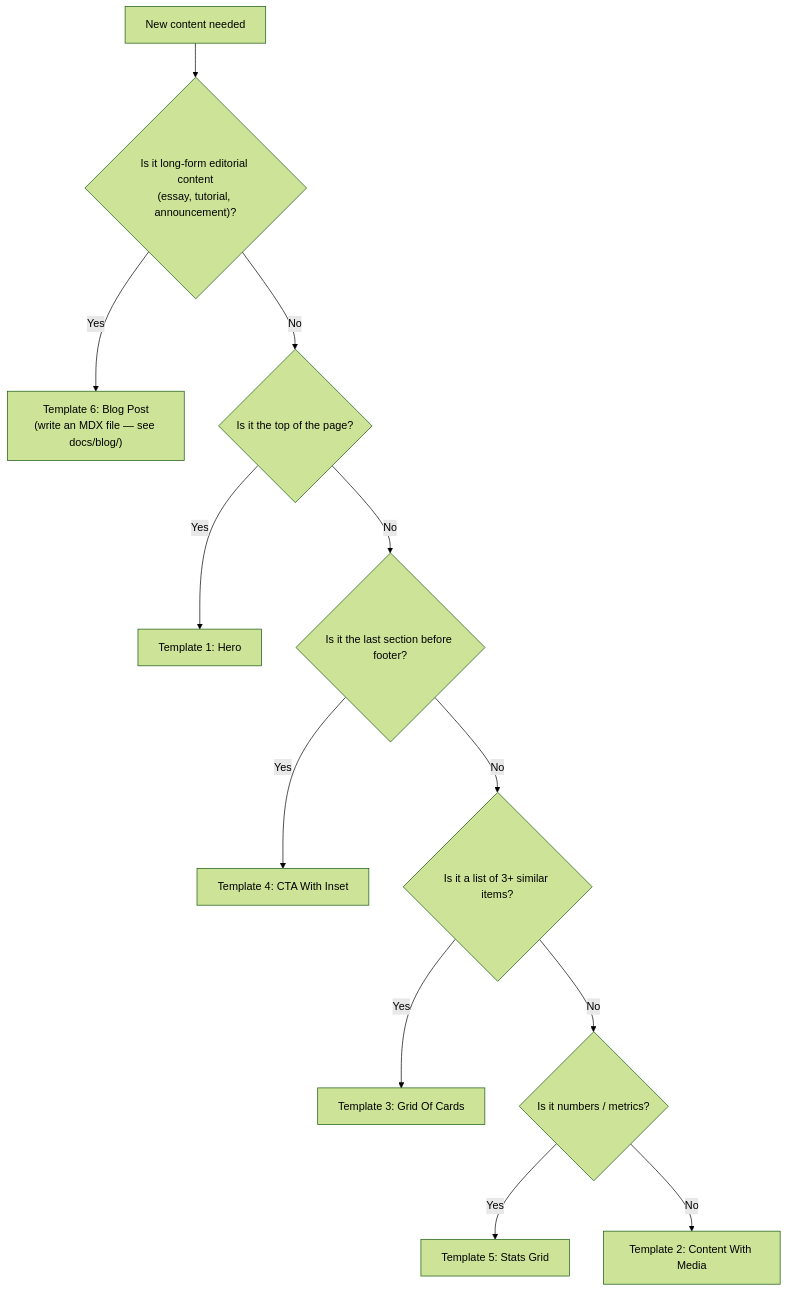
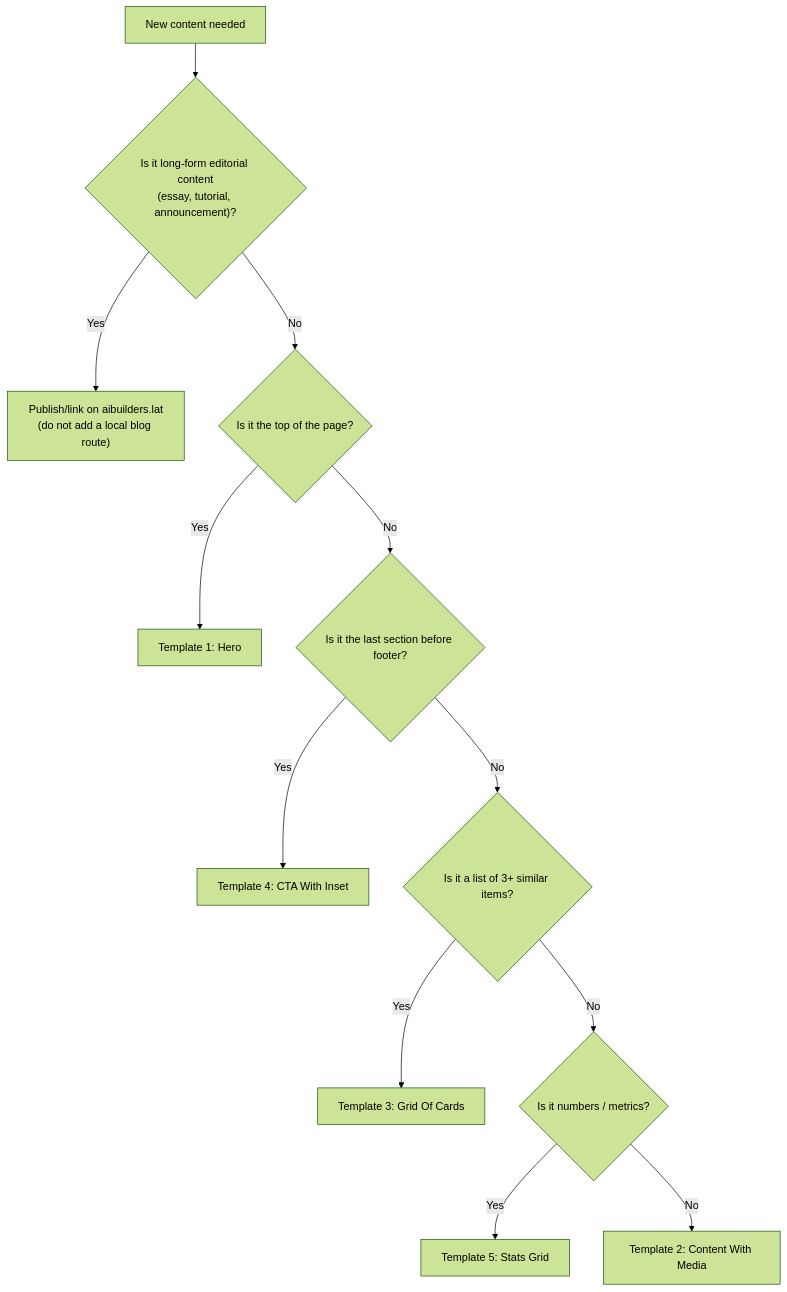
Before and after one commit to aibuildersmx/website-v2: the diagram in docs/design/sections.md, drawn with Mermaid (forest theme). The commit also changed other lines of this file and 46 other files, not shown here.

````diff
--- a/docs/design/sections.md
+++ b/docs/design/sections.md
@@ -507,14 +438,14 @@
 ```mermaid
 flowchart TD
     start["New content needed"] --> q0{"Is it long-form editorial content<br/>(essay, tutorial, announcement)?"}
-    q0 -->|Yes| blog["Template 6: Blog Post<br/>(write an MDX file — see docs/blog/)"]
+    q0 -->|Yes| blog["Publish/link on aibuilders.lat<br/>(do not add a local blog route)"]
     q0 -->|No| q1{"Is it the top of the page?"}
     q1 -->|Yes| hero["Template 1: Hero"]
     q1 -->|No| q2{"Is it the last section before footer?"}
     q2 -->|Yes| cta["Template 4: CTA With Inset"]
     q2 -->|No| q3{"Is it a list of 3+ similar items?"}
     q3 -->|Yes| grid["Template 3: Grid Of Cards"]
     q3 -->|No| q4{"Is it numbers / metrics?"}
     q4 -->|Yes| stats["Template 5: Stats Grid"]
     q4 -->|No| content["Template 2: Content With Media"]
 ```
````
